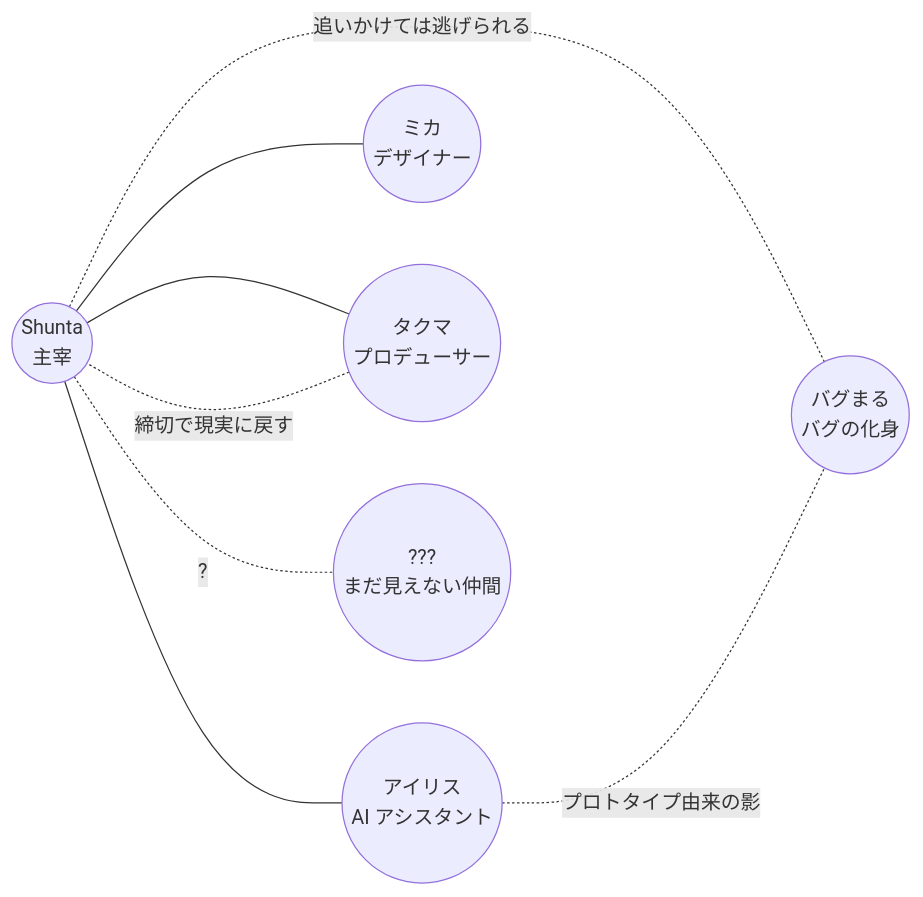
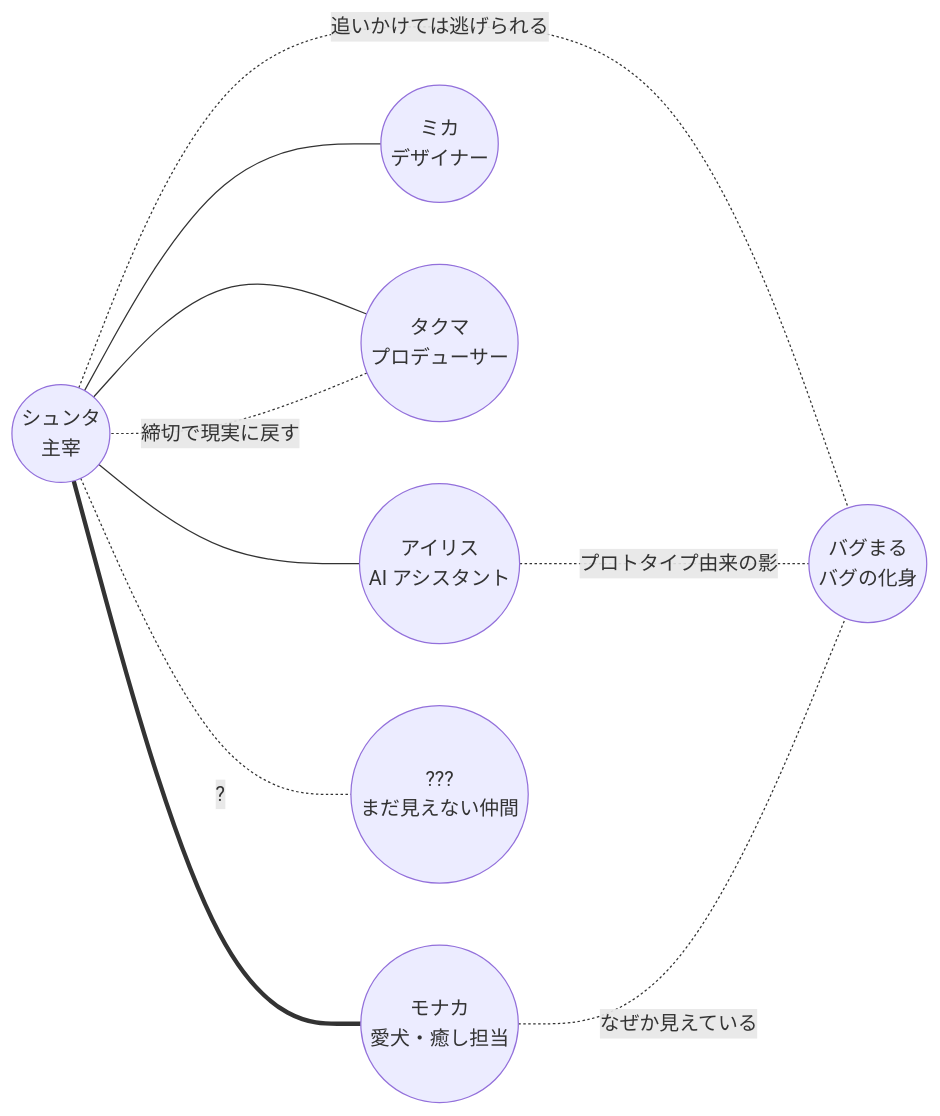
Before and after one commit to shunta-furukawa/creative-lab-comics: the diagram in lore/origin.md, drawn with Mermaid. The commit also changed other lines of this file and 25 other files, not shown here.

````diff
--- a/lore/origin.md
+++ b/lore/origin.md
@@ -104,17 +114,20 @@
 ```mermaid
 flowchart LR
-    Shunta((Shunta<br/>主宰))
+    Shunta((シュンタ<br/>主宰))
     Iris((アイリス<br/>AI アシスタント))
     Mika((ミカ<br/>デザイナー))
     Takuma((タクマ<br/>プロデューサー))
+    Monaka((モナカ<br/>愛犬・癒し担当))
     Bugmaru((バグまる<br/>バグの化身))
     Future((???<br/>まだ見えない仲間))
 
+    Shunta === Monaka
     Shunta --- Iris
     Shunta --- Mika
     Shunta --- Takuma
     Shunta -. 追いかけては逃げられる .- Bugmaru
     Iris -. プロトタイプ由来の影 .- Bugmaru
+    Monaka -. なぜか見えている .- Bugmaru
     Takuma -. 締切で現実に戻す .- Shunta
     Shunta -. ? .- Future
 ```
````
